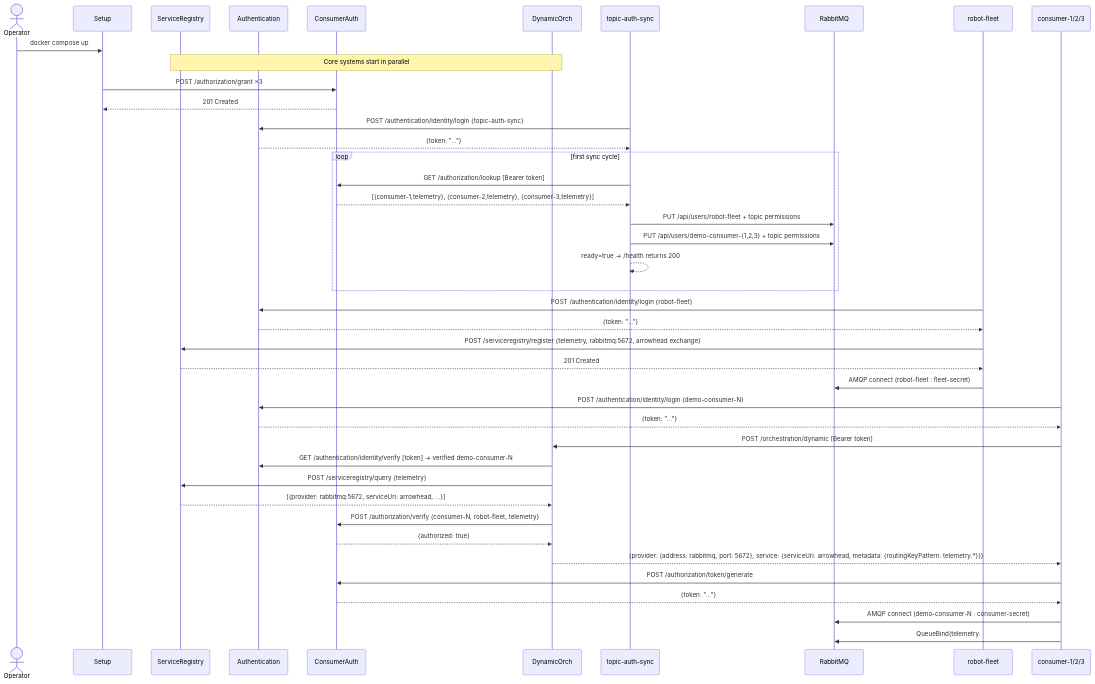
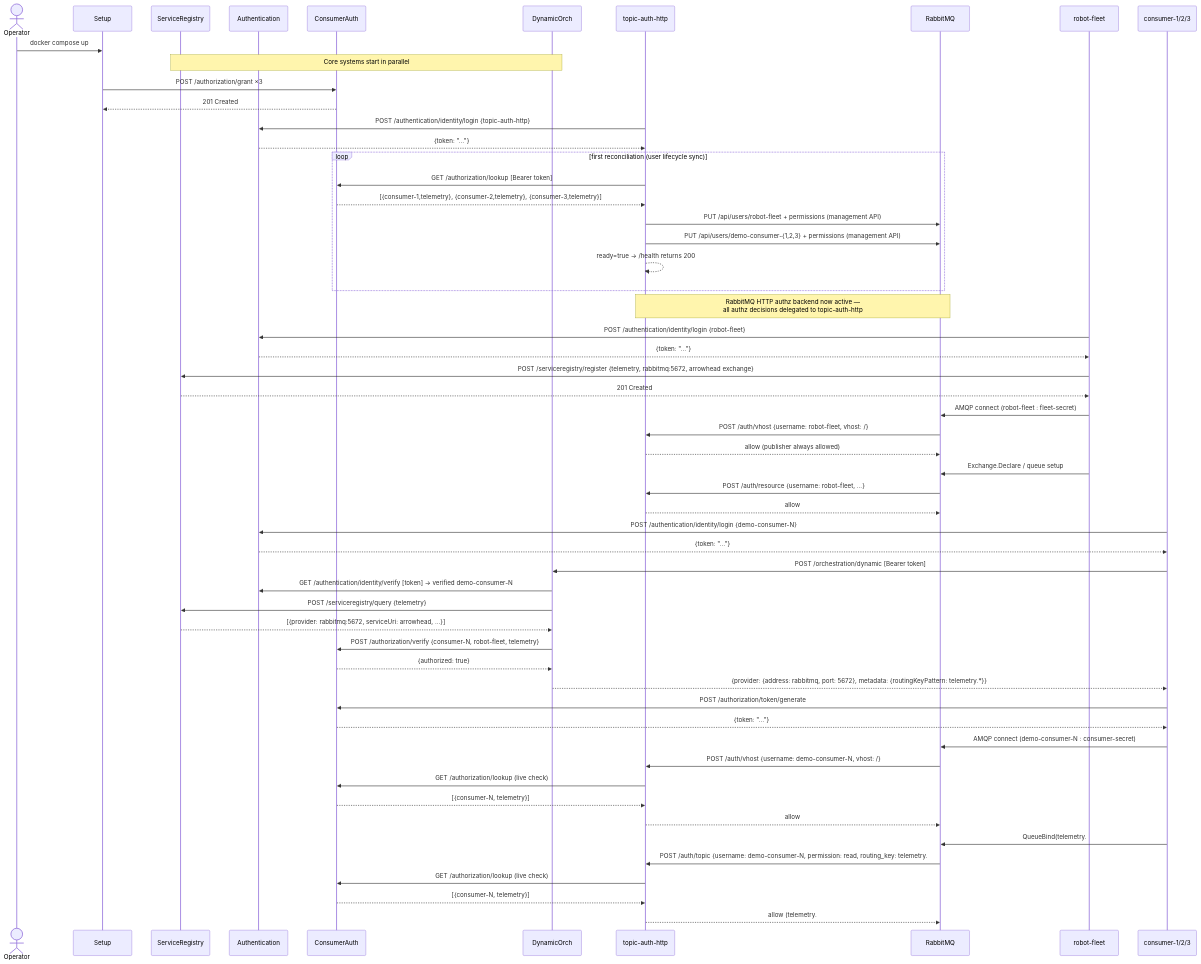
The second of 4 diagrams in experiments/experiment-4/DIAGRAMS.md (ulfbod/Arrowhead-experimental-core-systems), drawn with Mermaid before and after one commit. The commit also changed other lines of this file and 6 other files, not shown here.

````diff
--- a/experiments/experiment-4/DIAGRAMS.md
+++ b/experiments/experiment-4/DIAGRAMS.md
@@ -75,51 +79,66 @@
 ```mermaid
 sequenceDiagram
     actor Operator
     participant Setup
     participant SR as ServiceRegistry
     participant Auth as Authentication
     participant CA as ConsumerAuth
     participant DO as DynamicOrch
-    participant TAS as topic-auth-sync
+    participant TAH as topic-auth-http
     participant RMQ as RabbitMQ
     participant RF as robot-fleet
     participant C as consumer-1/2/3
 
     Operator->>Setup: docker compose up
 
     Note over SR,DO: Core systems start in parallel
 
     Setup->>CA: POST /authorization/grant ×3
     CA-->>Setup: 201 Created
 
-    TAS->>Auth: POST /authentication/identity/login {topic-auth-sync}
-    Auth-->>TAS: {token: "…"}
+    TAH->>Auth: POST /authentication/identity/login {topic-auth-http}
+    Auth-->>TAH: {token: "…"}
 
-    loop first sync cycle
-        TAS->>CA: GET /authorization/lookup  [Bearer token]
-        CA-->>TAS: [{consumer-1,telemetry}, {consumer-2,telemetry}, {consumer-3,telemetry}]
-        TAS->>RMQ: PUT /api/users/robot-fleet + topic permissions
-        TAS->>RMQ: PUT /api/users/demo-consumer-{1,2,3} + topic permissions
-        TAS-->>TAS: ready=true → /health returns 200
+    loop first reconciliation (user lifecycle sync)
+        TAH->>CA: GET /authorization/lookup  [Bearer token]
+        CA-->>TAH: [{consumer-1,telemetry}, {consumer-2,telemetry}, {consumer-3,telemetry}]
+        TAH->>RMQ: PUT /api/users/robot-fleet + permissions (management API)
+        TAH->>RMQ: PUT /api/users/demo-consumer-{1,2,3} + permissions (management API)
+        TAH-->>TAH: ready=true → /health returns 200
     end
+
+    Note over RMQ,TAH: RabbitMQ HTTP authz backend now active —<br/>all authz decisions delegated to topic-auth-http
 
     RF->>Auth: POST /authentication/identity/login {robot-fleet}
     Auth-->>RF: {token: "…"}
     RF->>SR: POST /serviceregistry/register {telemetry, rabbitmq:5672, arrowhead exchange}
     SR-->>RF: 201 Created
     RF->>RMQ: AMQP connect (robot-fleet : fleet-secret)
+    RMQ->>TAH: POST /auth/vhost  {username: robot-fleet, vhost: /}
+    TAH-->>RMQ: allow  (publisher always allowed)
+    RF->>RMQ: Exchange.Declare / queue setup
+    RMQ->>TAH: POST /auth/resource  {username: robot-fleet, ...}
+    TAH-->>RMQ: allow
 
     C->>Auth: POST /authentication/identity/login {demo-consumer-N}
     Auth-->>C: {token: "…"}
     C->>DO: POST /orchestration/dynamic  [Bearer token]
     DO->>Auth: GET /authentication/identity/verify [token] → verified demo-consumer-N
     DO->>SR: POST /serviceregistry/query {telemetry}
     SR-->>DO: [{provider: rabbitmq:5672, serviceUri: arrowhead, …}]
     DO->>CA: POST /authorization/verify {consumer-N, robot-fleet, telemetry}
     CA-->>DO: {authorized: true}
-    DO-->>C: {provider: {address: rabbitmq, port: 5672}, service: {serviceUri: arrowhead, metadata: {routingKeyPattern: telemetry.*}}}
+    DO-->>C: {provider: {address: rabbitmq, port: 5672}, metadata: {routingKeyPattern: telemetry.*}}
     C->>CA: POST /authorization/token/generate
     CA-->>C: {token: "…"}
     C->>RMQ: AMQP connect (demo-consumer-N : consumer-secret)
-    C->>RMQ: QueueBind(telemetry.#) — topic check: ^telemetry\. ✔
+    RMQ->>TAH: POST /auth/vhost  {username: demo-consumer-N, vhost: /}
+    TAH->>CA: GET /authorization/lookup  (live check)
+    CA-->>TAH: [{consumer-N, telemetry}]
+    TAH-->>RMQ: allow
+    C->>RMQ: QueueBind(telemetry.#)
+    RMQ->>TAH: POST /auth/topic  {username: demo-consumer-N, permission: read, routing_key: telemetry.#}
+    TAH->>CA: GET /authorization/lookup  (live check)
+    CA-->>TAH: [{consumer-N, telemetry}]
+    TAH-->>RMQ: allow  (telemetry.# matches "telemetry" grant)
 ```
````
